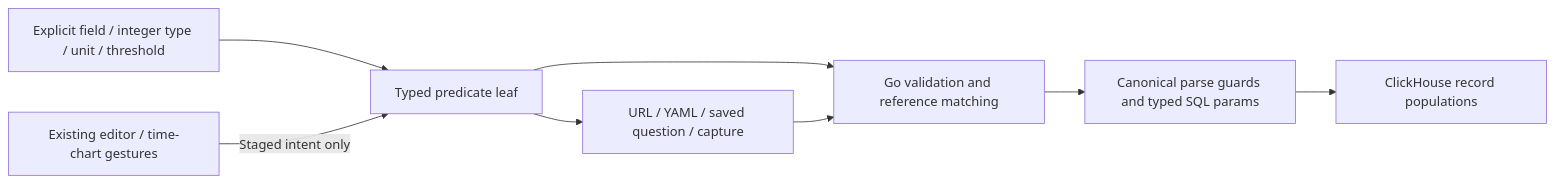
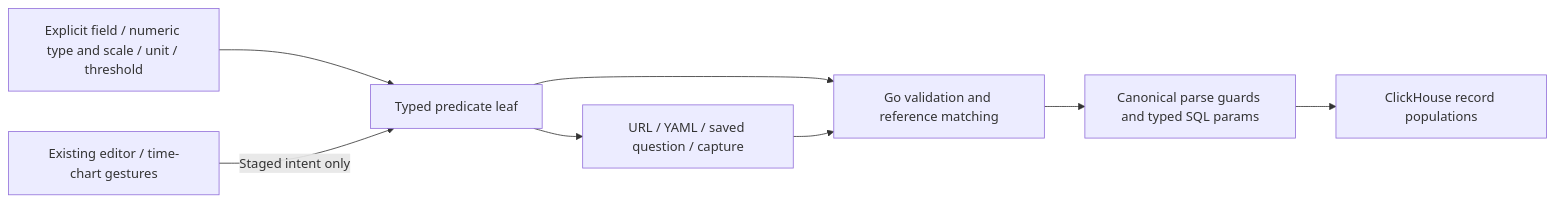
One commit to casselc/goo changed the diagram in docs/TYPED_NUMERIC_FILTERS.md. Above: the diagram before and after it, drawn with Mermaid. The commit also changed other lines of this file and 29 other files, not shown here.

````diff
--- a/docs/TYPED_NUMERIC_FILTERS.md
+++ b/docs/TYPED_NUMERIC_FILTERS.md
@@ -64,10 +66,10 @@
 ```mermaid
 flowchart LR
-  Author[Explicit field / integer type / unit / threshold] --> AST[Typed predicate leaf]
+  Author[Explicit field / numeric type and scale / unit / threshold] --> AST[Typed predicate leaf]
   AST --> Go[Go validation and reference matching]
   Go --> SQL[Canonical parse guards and typed SQL params]
   SQL --> CH[ClickHouse record populations]
   AST --> Continue[URL / YAML / saved question / capture]
   Continue --> Go
   UI[Existing editor / time-chart gestures] -->|Staged intent only| AST
 ```
````
